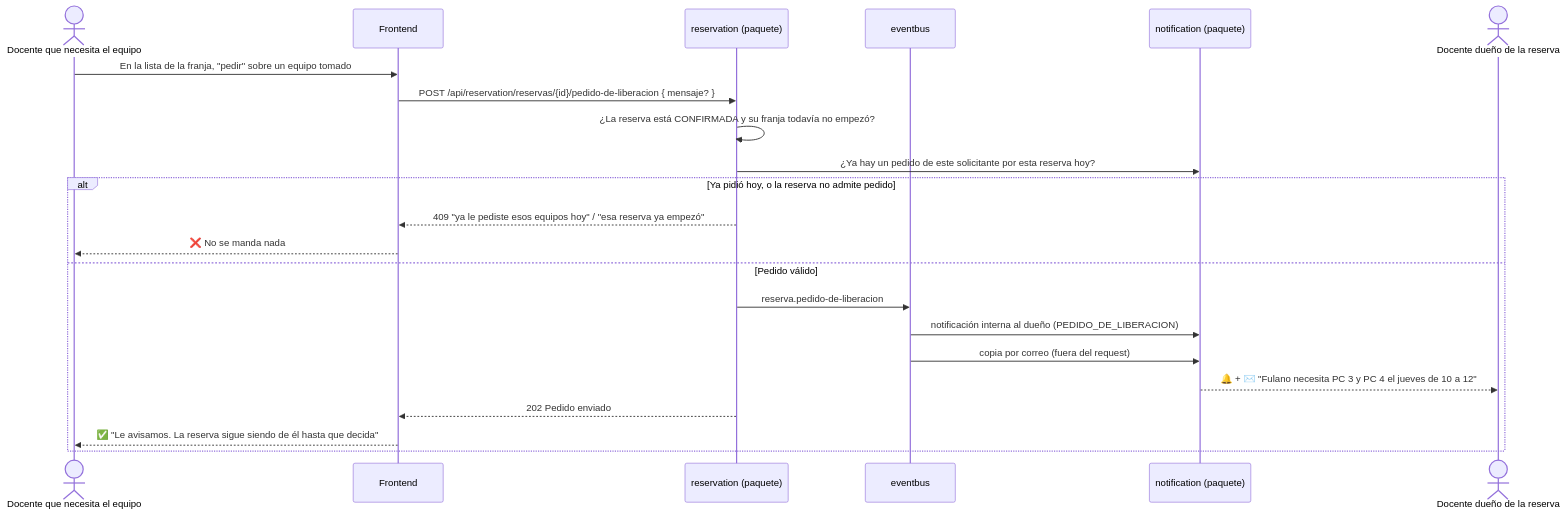
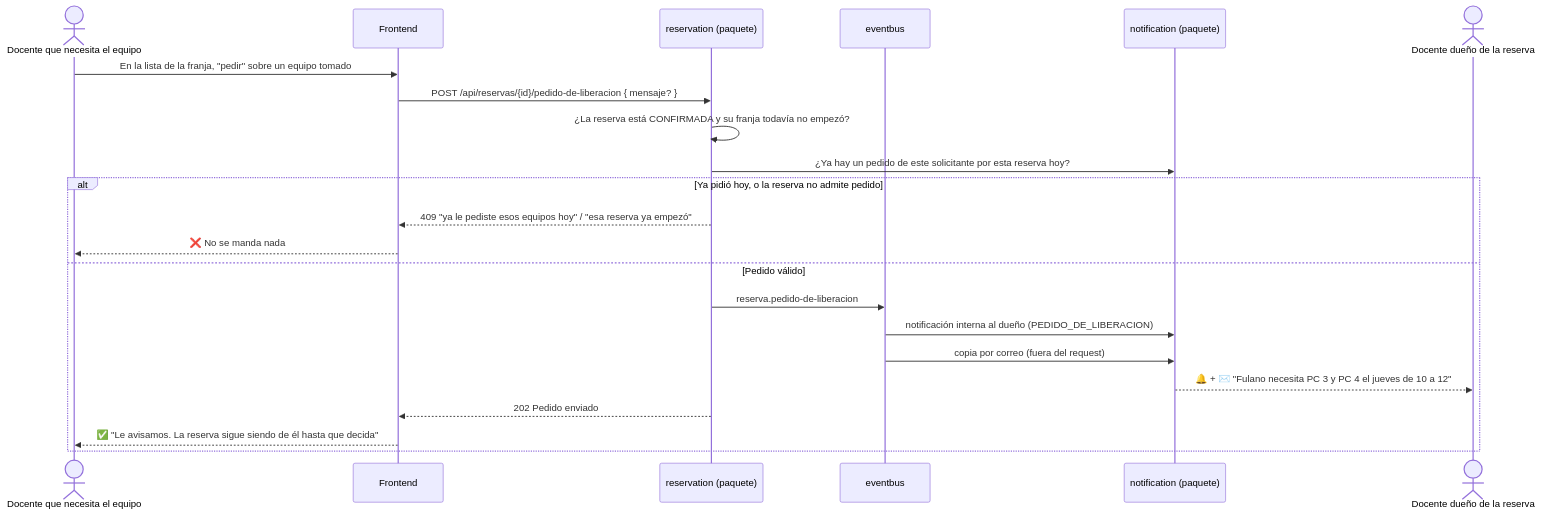
One commit to agustin-y2k/sgrc changed the fourth of 15 diagrams in docs/04-diagramas-secuencia.md. Above: the diagram before and after it, drawn with Mermaid. The commit also changed other lines of this file and 17 other files, not shown here.

````diff
--- a/docs/04-diagramas-secuencia.md
+++ b/docs/04-diagramas-secuencia.md
@@ -132,25 +132,25 @@
 ```mermaid
 sequenceDiagram
     actor U as Docente que necesita el equipo
     participant FE as Frontend
     participant RES as reservation (paquete)
     participant EB as eventbus
     participant NOT as notification (paquete)
     actor D as Docente dueño de la reserva
 
     U->>FE: En la lista de la franja, "pedir" sobre un equipo tomado
-    FE->>RES: POST /api/reservation/reservas/{id}/pedido-de-liberacion { mensaje? }
+    FE->>RES: POST /api/reservas/{id}/pedido-de-liberacion { mensaje? }
     RES->>RES: ¿La reserva está CONFIRMADA y su franja todavía no empezó?
     RES->>NOT: ¿Ya hay un pedido de este solicitante por esta reserva hoy?
     alt Ya pidió hoy, o la reserva no admite pedido
         RES-->>FE: 409 "ya le pediste esos equipos hoy" / "esa reserva ya empezó"
         FE-->>U: ❌ No se manda nada
     else Pedido válido
         RES->>EB: reserva.pedido-de-liberacion
         EB->>NOT: notificación interna al dueño (PEDIDO_DE_LIBERACION)
         EB->>NOT: copia por correo (fuera del request)
         NOT-->>D: 🔔 + ✉️ "Fulano necesita PC 3 y PC 4 el jueves de 10 a 12"
         RES-->>FE: 202 Pedido enviado
         FE-->>U: ✅ "Le avisamos. La reserva sigue siendo de él hasta que decida"
     end
 ```
````
